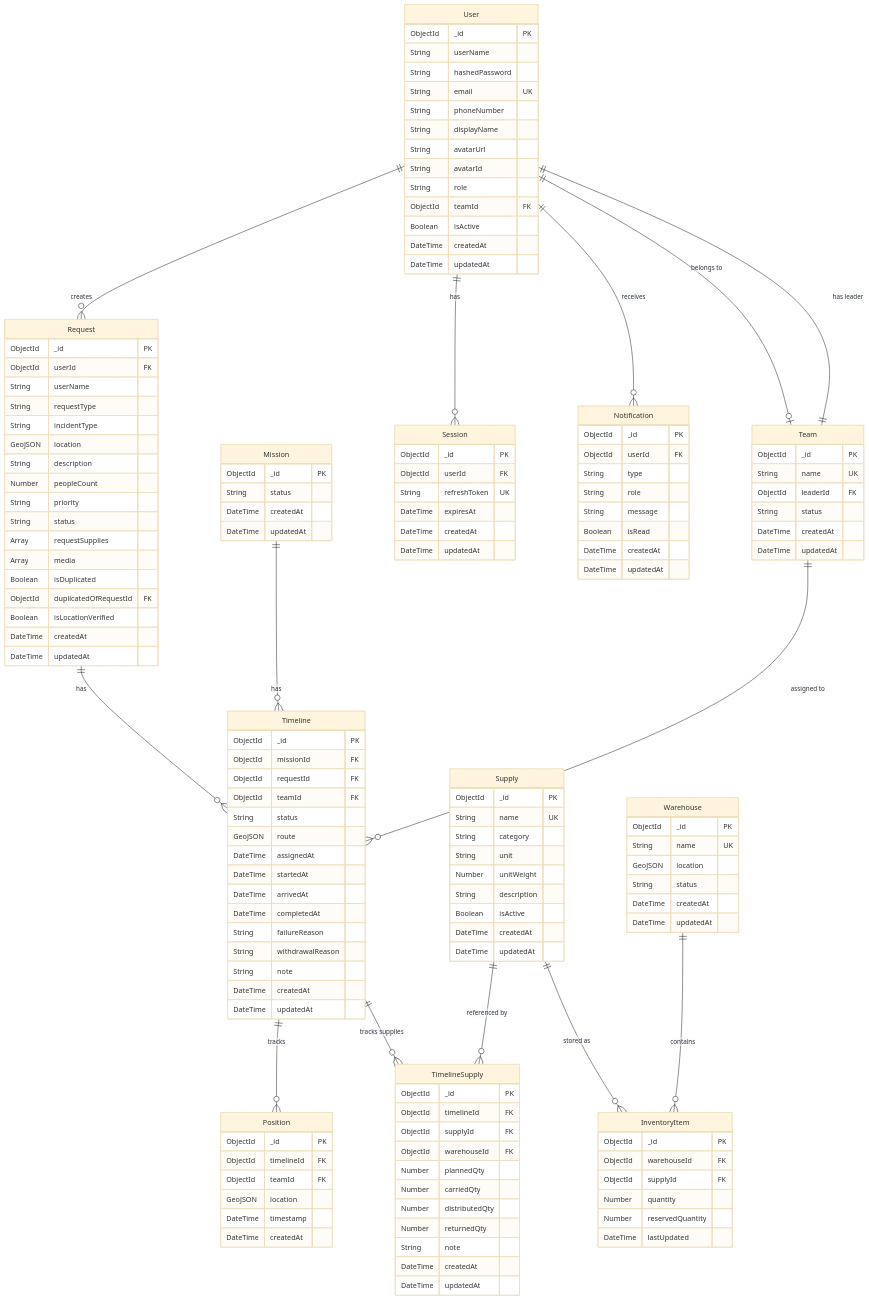
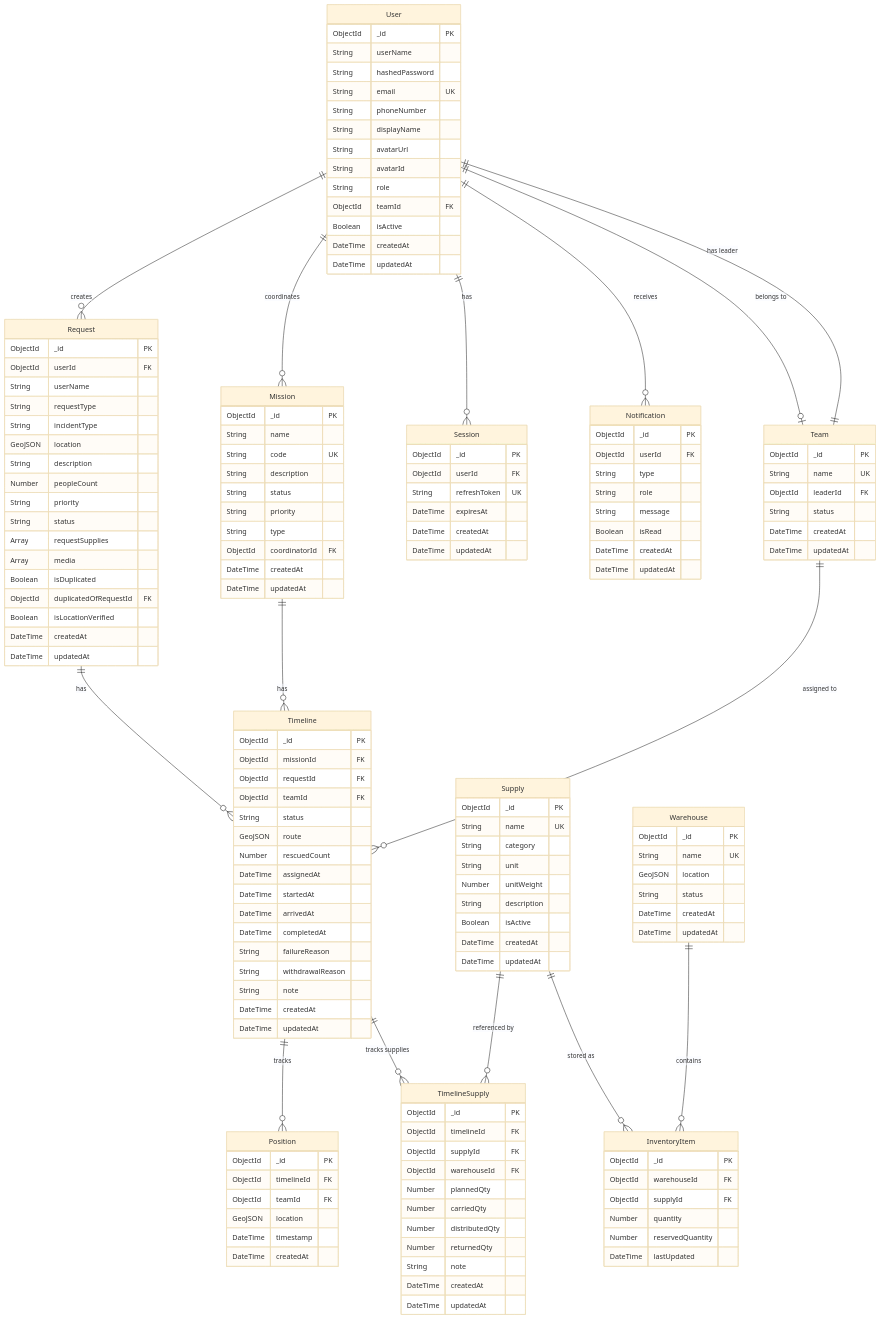
The diagram in docs/ERD.md (phuonganh1609/flood_rescue), drawn with Mermaid (base theme) before and after one commit. The commit also changed other lines of this file and 5 other files, not shown here.

Commit message:
docs: sửa erd, thêm respones guide cho BE và derivation logic cho phase 1

```diff
--- a/docs/ERD.md
+++ b/docs/ERD.md
@@ -13,6 +13,7 @@
     User ||--o{ Request : "creates"
     User ||--o{ Session : "has"
     User ||--o{ Notification : "receives"
+    User ||--o{ Mission : "coordinates"
 
     Request ||--o{ Timeline : "has"
     Mission ||--o{ Timeline : "has"
@@ -71,7 +72,13 @@
 
     Mission {
         ObjectId _id PK
+        String name
+        String code UK
+        String description
         String status
+        String priority
+        String type
+        ObjectId coordinatorId FK
         DateTime createdAt
         DateTime updatedAt
     }
@@ -83,6 +90,7 @@
         ObjectId teamId FK
         String status
         GeoJSON route
+        Number rescuedCount
         DateTime assignedAt
         DateTime startedAt
         DateTime arrivedAt
```
